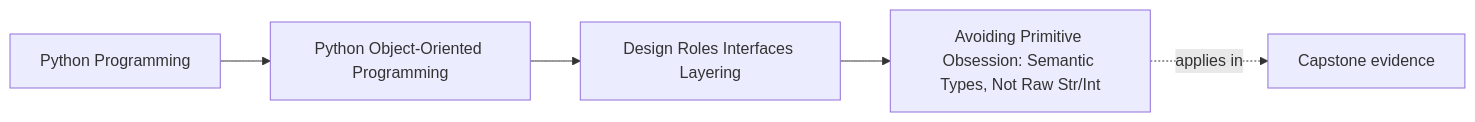
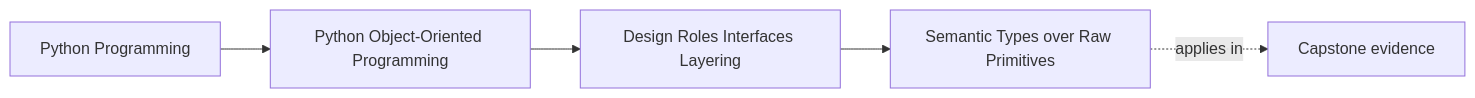
The first of 2 diagrams in programs/python-programming/python-object-oriented-programming/course-book/module-02-design-roles-interfaces-layering/semantic-types-over-raw-primitives.md (bijux/bijux-masterclass), drawn with Mermaid before and after one commit. The commit also changed other lines of this file, not shown here.

Commit message:
docs(oop): teach when semantic types earn their cost

````diff
--- a/programs/python-programming/python-object-oriented-programming/course-book/module-02-design-roles-interfaces-layering/semantic-types-over-raw-primitives.md
+++ b/programs/python-programming/python-object-oriented-programming/course-book/module-02-design-roles-interfaces-layering/semantic-types-over-raw-primitives.md
@@ -7,11 +6,11 @@
 ```mermaid
 graph LR
   family["Python Programming"]
   program["Python Object-Oriented Programming"]
   section["Design Roles Interfaces Layering"]
-  page["Avoiding Primitive Obsession: Semantic Types, Not Raw Str/Int"]
+  page["Semantic Types over Raw Primitives"]
   capstone["Capstone evidence"]
 
   family --> program --> section --> page
   page -.applies in.-> capstone
 ```
````
